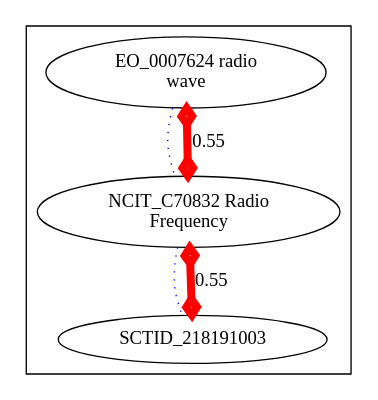
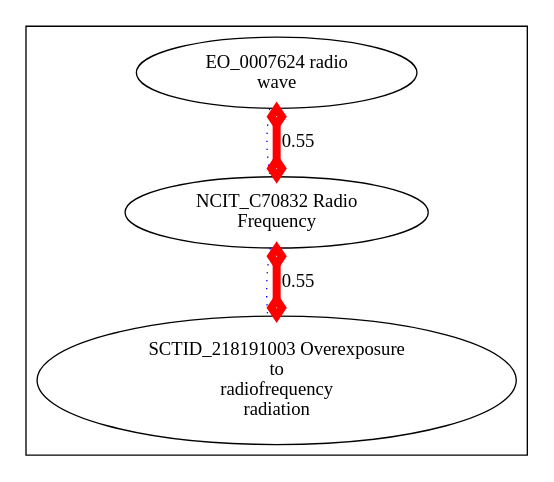
One commit to cmungall/radiation-ontology changed the diagram in target/img-EO_0007624.dot. Above: the diagram before and after it, drawn with Graphviz. The commit also changed 20 other files, not shown here.

```diff
--- a/target/img-EO_0007624.dot
+++ b/target/img-EO_0007624.dot
@@ -1,13 +1,16 @@
 digraph cliquegraph {
 subgraph cluster_EO_0007624 {EO_0007624 [ label="EO_0007624 radio
 wave" ];
-SCTID_218191003 [ label="SCTID_218191003 " ];
+SCTID_218191003 [ label="SCTID_218191003 Overexposure
+to
+radiofrequency
+radiation" ];
 NCIT_C70832 [ label="NCIT_C70832 Radio
 Frequency" ];}
+NCIT_C70832 -> SCTID_218191003 [ arrowhead = none, penwidth=1, color=blue, label="", style=dotted]
+
 EO_0007624 -> NCIT_C70832 [ arrowhead = none, penwidth=1, color=blue, label="", style=dotted]
-
-NCIT_C70832 -> SCTID_218191003 [ arrowhead = none, penwidth=1, color=blue, label="", style=dotted]
 NCIT_C70832 -> SCTID_218191003 [ arrowhead = ediamond, penwidth=6, color=red, label="0.55", style=solid, arrowtail=ediamond, dir=both]
 
 EO_0007624 -> NCIT_C70832 [ arrowhead = ediamond, penwidth=6, color=red, label="0.55", style=solid, arrowtail=ediamond, dir=both]
 }
```
